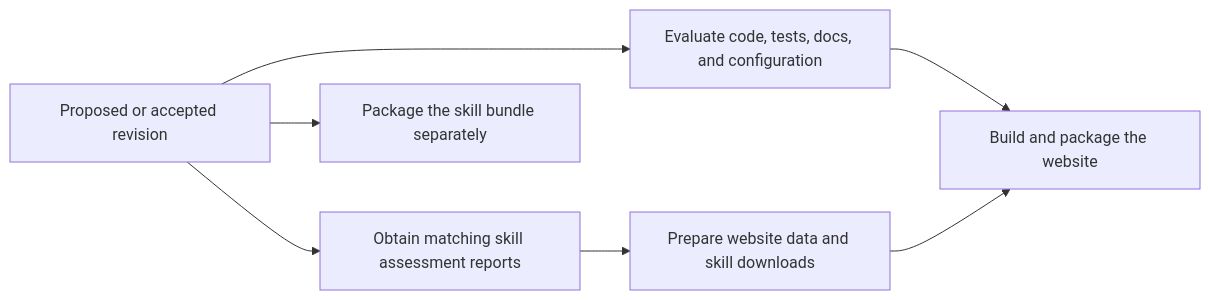
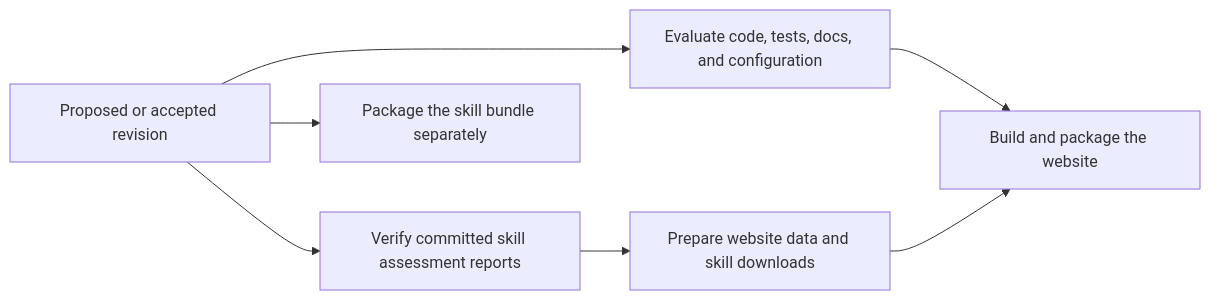
Before and after one commit to Code-dot-mil/SkLC: the diagram in CI.md, drawn with Mermaid. The commit also changed other lines of this file and 4 other files, not shown here.

````diff
--- a/CI.md
+++ b/CI.md
@@ -34,9 +34,9 @@
 ```mermaid
 flowchart LR
     revision["Proposed or accepted revision"] --> checks["Evaluate code, tests, docs, and configuration"]
-    revision --> evidence["Obtain matching skill assessment reports"]
+    revision --> evidence["Verify committed skill assessment reports"]
     evidence --> generate["Prepare website data and skill downloads"]
     checks --> build["Build and package the website"]
     generate --> build
     revision --> bundle["Package the skill bundle separately"]
 ```
````
